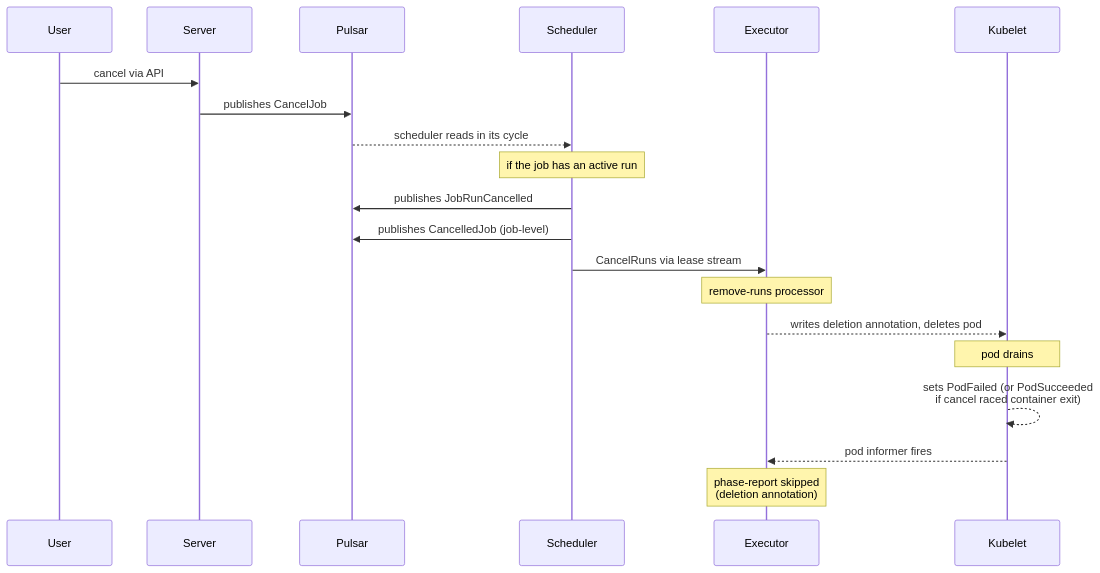
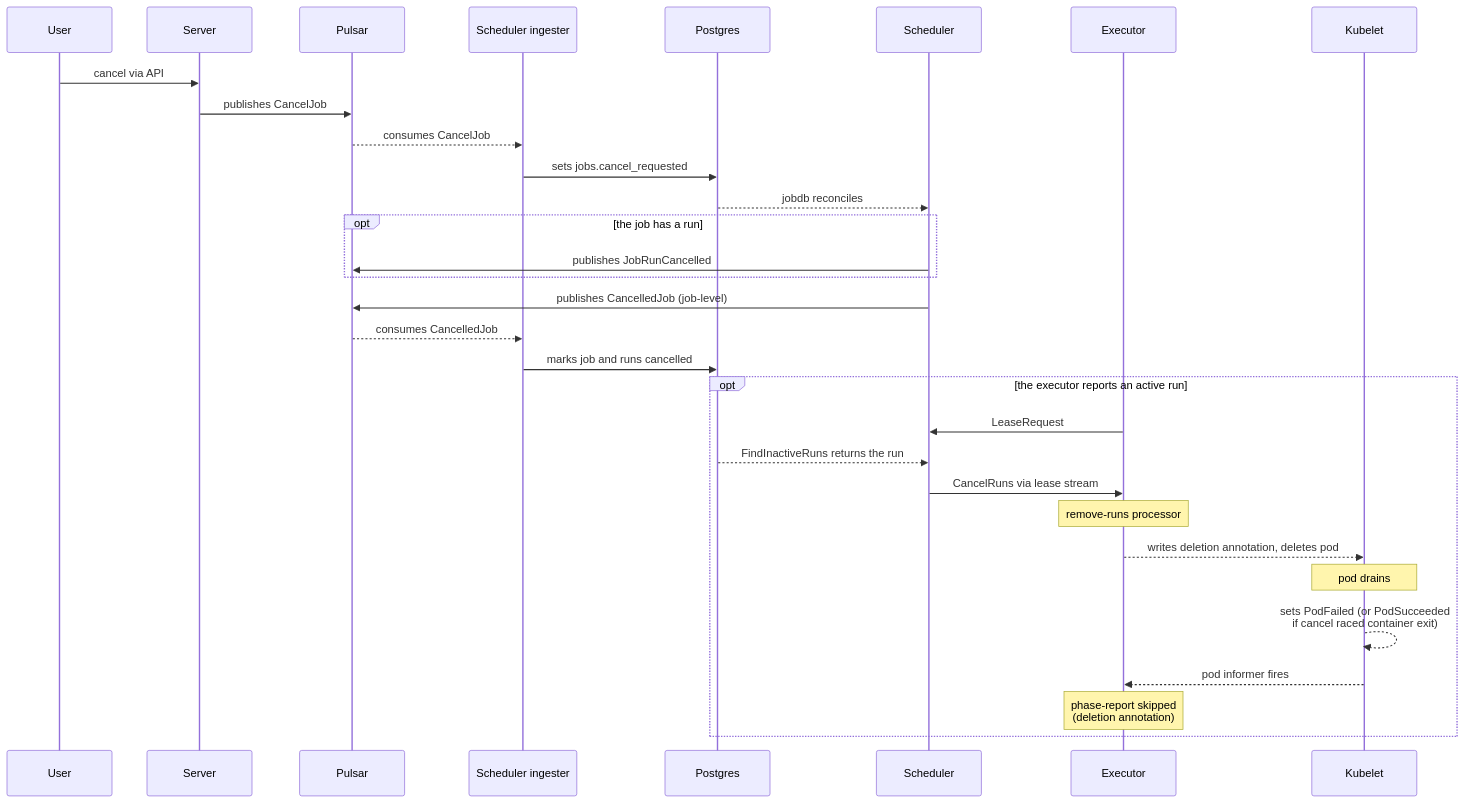
Before and after one commit to armadaproject/armada: diagram 11 of 12 in docs/developer/job-lifecycle-events.md, drawn with Mermaid. The commit also changed other lines of this file, not shown here.

Commit message:
Correct and complete the job lifecycle events doc

````diff
--- a/docs/developer/job-lifecycle-events.md
+++ b/docs/developer/job-lifecycle-events.md
@@ -428,22 +557,33 @@
 ```mermaid
 sequenceDiagram
     participant U as User
     participant S as Server
     participant P as Pulsar
+    participant SI as Scheduler ingester
+    participant Pg as Postgres
     participant Sc as Scheduler
     participant E as Executor
     participant K as Kubelet
     U->>S: cancel via API
     S->>P: publishes CancelJob
-    P-->>Sc: scheduler reads in its cycle
-    Note over Sc: if the job has an active run
-    Sc->>P: publishes JobRunCancelled
+    P-->>SI: consumes CancelJob
+    SI->>Pg: sets jobs.cancel_requested
+    Pg-->>Sc: jobdb reconciles
+    opt the job has a run
+        Sc->>P: publishes JobRunCancelled
+    end
     Sc->>P: publishes CancelledJob (job-level)
-    Sc->>E: CancelRuns via lease stream
-    Note over E: remove-runs processor
-    E-->>K: writes deletion annotation, deletes pod
-    Note over K: pod drains
-    K-->>K: sets PodFailed (or PodSucceeded<br/>if cancel raced container exit)
-    K-->>E: pod informer fires
-    Note over E: phase-report skipped<br/>(deletion annotation)
+    P-->>SI: consumes CancelledJob
+    SI->>Pg: marks job and runs cancelled
+    opt the executor reports an active run
+        E->>Sc: LeaseRequest
+        Pg-->>Sc: FindInactiveRuns returns the run
+        Sc->>E: CancelRuns via lease stream
+        Note over E: remove-runs processor
+        E-->>K: writes deletion annotation, deletes pod
+        Note over K: pod drains
+        K-->>K: sets PodFailed (or PodSucceeded<br/>if cancel raced container exit)
+        K-->>E: pod informer fires
+        Note over E: phase-report skipped<br/>(deletion annotation)
+    end
 ```
````
